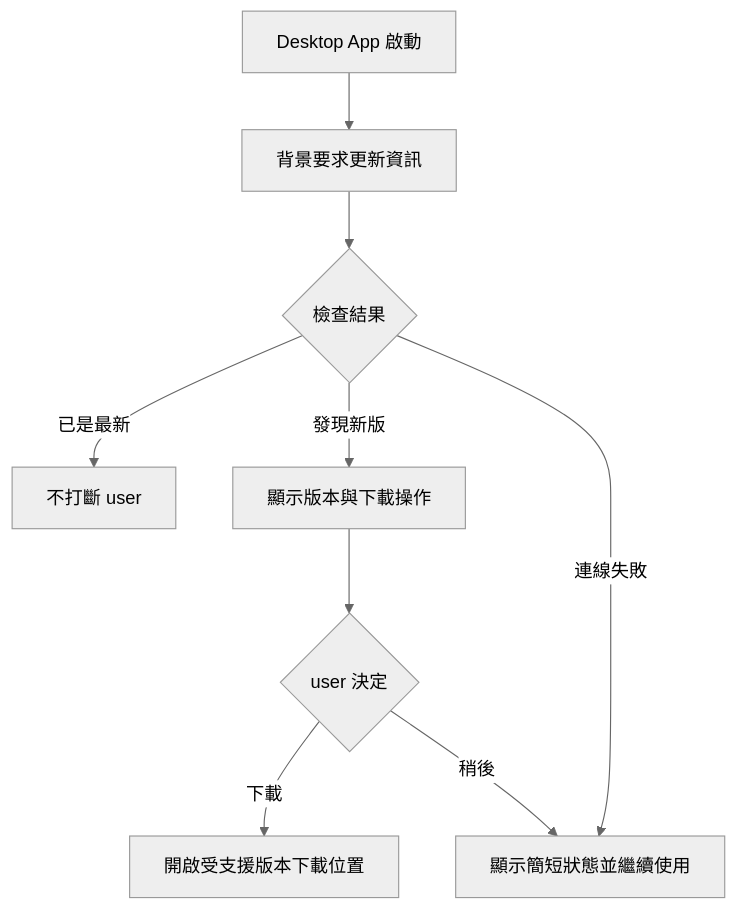
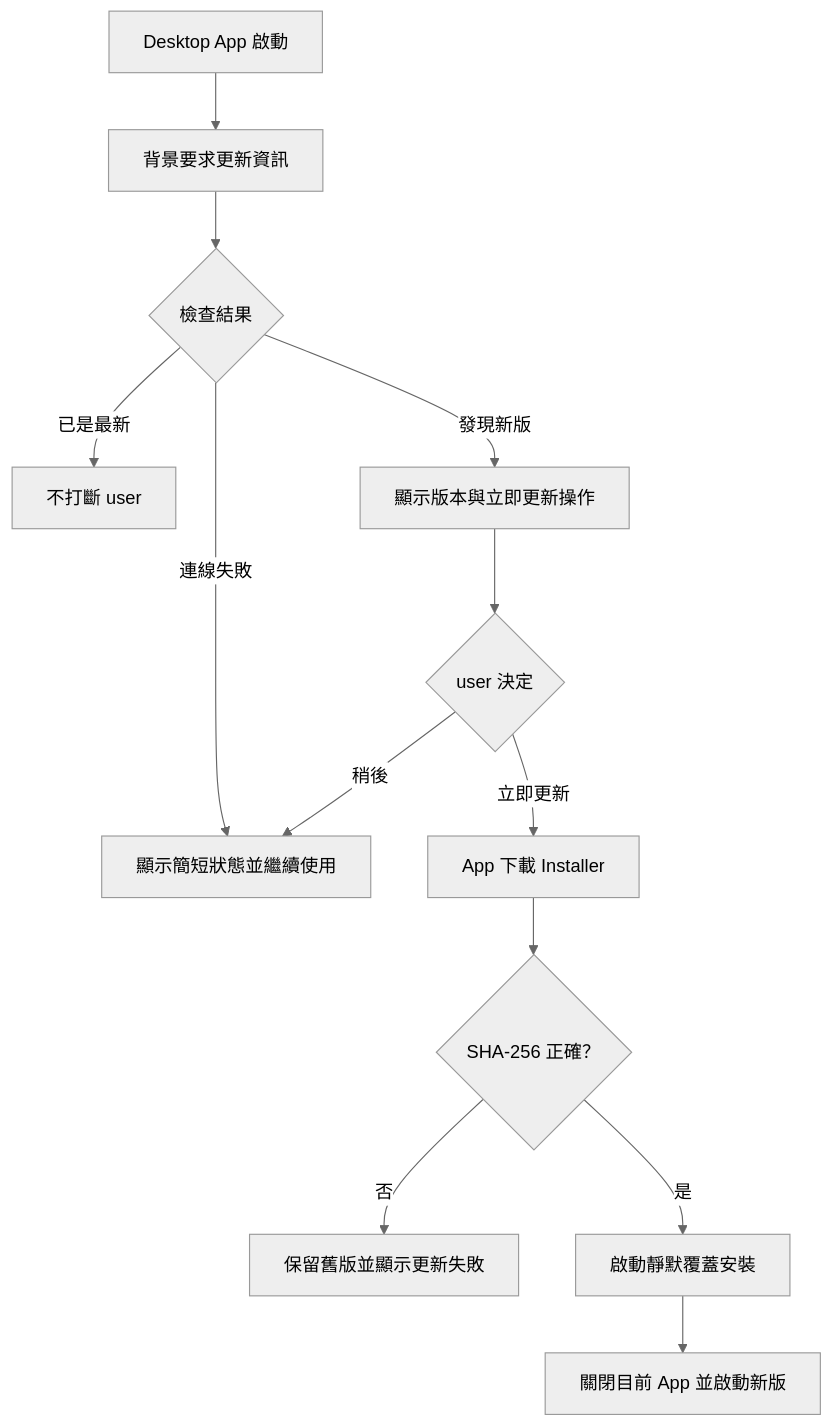
The diagram in openspec/specs/desktop-app-update-check/spec.md (conan0220/BAP), drawn with Mermaid (neutral theme) before and after one commit. The commit also changed other lines of this file and 18 other files, not shown here.

````diff
--- a/openspec/specs/desktop-app-update-check/spec.md
+++ b/openspec/specs/desktop-app-update-check/spec.md
@@ -17,11 +20,15 @@
 ```mermaid
 flowchart TD
     START[Desktop App 啟動] --> CHECK[背景要求更新資訊]
     CHECK --> RESULT{檢查結果}
     RESULT -->|已是最新| QUIET[不打斷 user]
-    RESULT -->|發現新版| NOTICE[顯示版本與下載操作]
+    RESULT -->|發現新版| NOTICE[顯示版本與立即更新操作]
     RESULT -->|連線失敗| CONTINUE[顯示簡短狀態並繼續使用]
     NOTICE --> USER{user 決定}
-    USER -->|下載| DOWNLOAD[開啟受支援版本下載位置]
+    USER -->|立即更新| DOWNLOAD[App 下載 Installer]
     USER -->|稍後| CONTINUE
+    DOWNLOAD --> VERIFY{SHA-256 正確？}
+    VERIFY -->|否| FAILED[保留舊版並顯示更新失敗]
+    VERIFY -->|是| INSTALL[啟動靜默覆蓋安裝]
+    INSTALL --> RESTART[關閉目前 App 並啟動新版]
 ```
````
